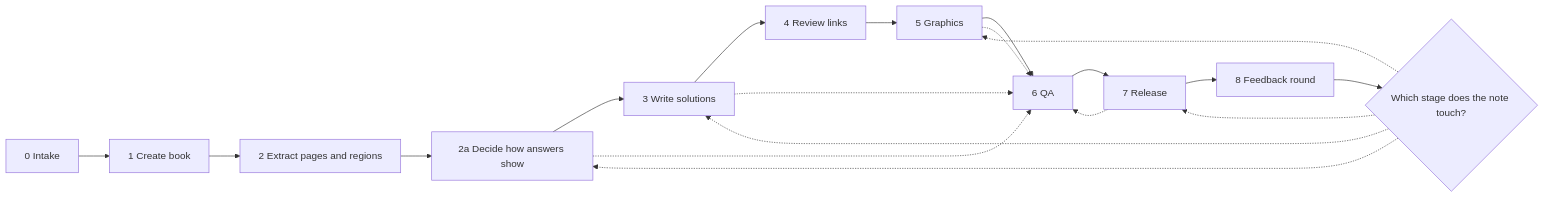
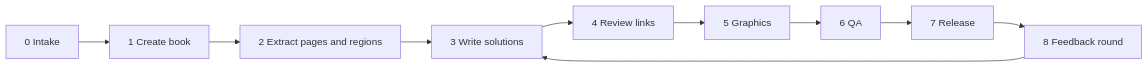
One commit to Tai-sura/primarymaths-ebooks changed the diagram in docs/01-workflow.md. Above: the diagram before and after it, drawn with Mermaid. The commit also changed other lines of this file and 16 other files, not shown here.

````diff
--- a/docs/01-workflow.md
+++ b/docs/01-workflow.md
@@ -22,21 +7,12 @@
 ```mermaid
 flowchart LR
   intake[0 Intake] --> create[1 Create book]
   create --> extract[2 Extract pages and regions]
-  extract --> mode[2a Decide how answers show]
-  mode --> solve[3 Write solutions]
+  extract --> solve[3 Write solutions]
   solve --> links[4 Review links]
   links --> graphics[5 Graphics]
   graphics --> qa[6 QA]
   qa --> release[7 Release]
   release --> feedback[8 Feedback round]
-  feedback --> route{Which stage does the note touch?}
-  route -.-> mode
-  route -.-> solve
-  route -.-> graphics
-  route -.-> release
-  mode -.-> qa
-  solve -.-> qa
-  graphics -.-> qa
-  release -.-> qa
+  feedback --> solve
 ```
````
